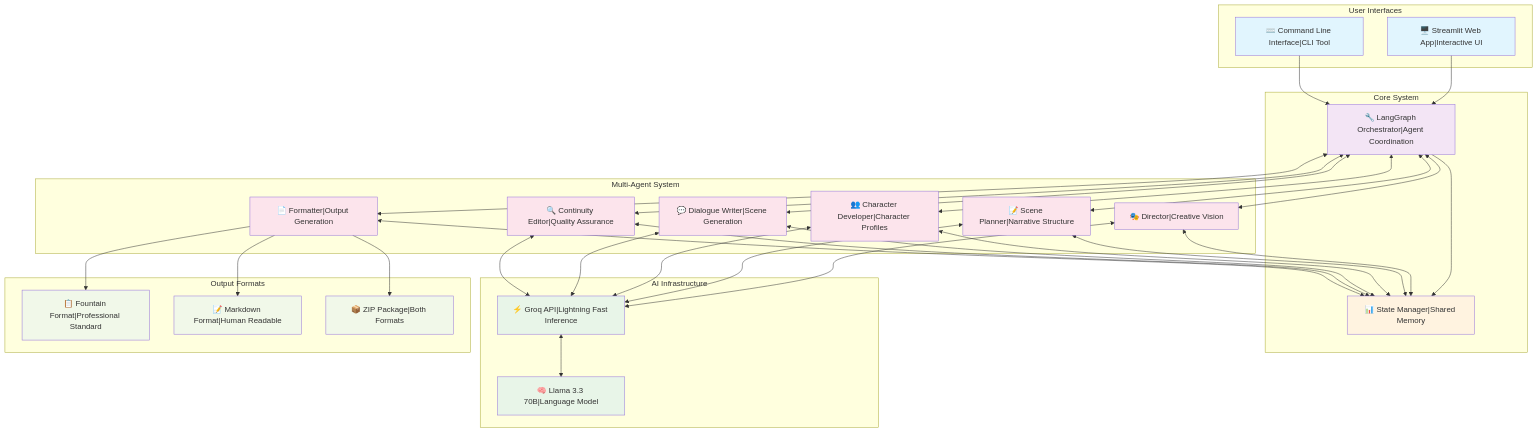
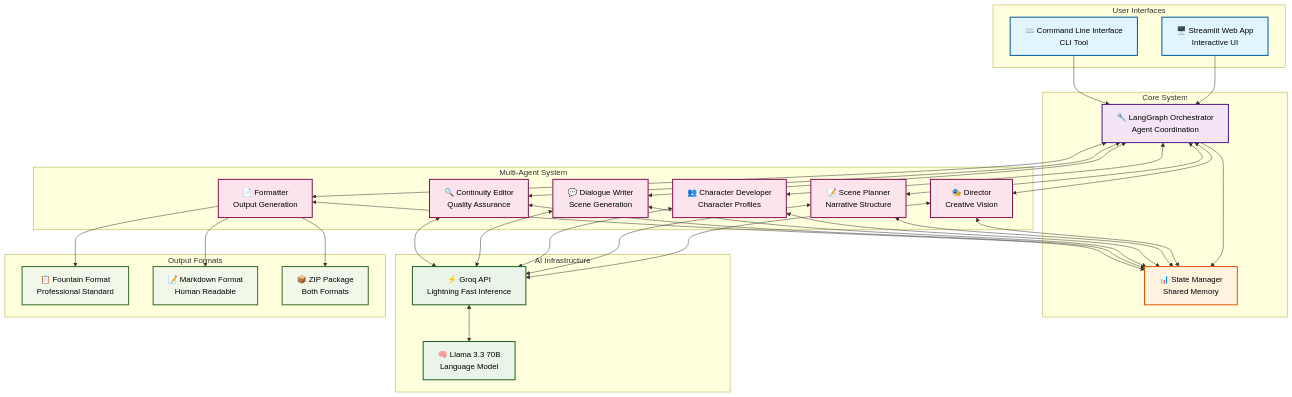
Before and after one commit to drMy5tery/Movie-Scene-Creator: the first of 3 diagrams in README.md, drawn with Mermaid. The commit also changed other lines of this file, not shown here.

````diff
--- a/README.md
+++ b/README.md
@@ -70,76 +70,76 @@
 ```mermaid
 graph TB
     subgraph "User Interfaces"
-        UI1["🖥️ Streamlit Web App|Interactive UI"]
-        UI2["⌨️ Command Line Interface|CLI Tool"]
+        UI1["🖥️ Streamlit Web App<br/>Interactive UI"]
+        UI2["⌨️ Command Line Interface<br/>CLI Tool"]
     end
     
     subgraph "Core System"
-        LG["🔧 LangGraph Orchestrator|Agent Coordination"]
-        SM["📊 State Manager|Shared Memory"]
+        LG["🔧 LangGraph Orchestrator<br/>Agent Coordination"]
+        SM["📊 State Manager<br/>Shared Memory"]
     end
     
     subgraph "AI Infrastructure"
-        GROQ["⚡ Groq API|Lightning Fast Inference"]
-        LLM["🧠 Llama 3.3 70B|Language Model"]
+        GROQ["⚡ Groq API<br/>Lightning Fast Inference"]
+        LLM["🧠 Llama 3.3 70B<br/>Language Model"]
     end
     
     subgraph "Multi-Agent System"
-        A1["🎭 Director|Creative Vision"]
-        A2["📝 Scene Planner|Narrative Structure"]
-        A3["👥 Character Developer|Character Profiles"]
-        A4["💬 Dialogue Writer|Scene Generation"]
-        A5["🔍 Continuity Editor|Quality Assurance"]
-        A6["📄 Formatter|Output Generation"]
+        A1["🎭 Director<br/>Creative Vision"]
+        A2["📝 Scene Planner<br/>Narrative Structure"]
+        A3["👥 Character Developer<br/>Character Profiles"]
+        A4["💬 Dialogue Writer<br/>Scene Generation"]
+        A5["🔍 Continuity Editor<br/>Quality Assurance"]
+        A6["📄 Formatter<br/>Output Generation"]
     end
     
     subgraph "Output Formats"
-        F1["📋 Fountain Format|Professional Standard"]
-        F2["📝 Markdown Format|Human Readable"]
-        F3["📦 ZIP Package|Both Formats"]
+        F1["📋 Fountain Format<br/>Professional Standard"]
+        F2["📝 Markdown Format<br/>Human Readable"]
+        F3["📦 ZIP Package<br/>Both Formats"]
     end
     
     UI1 --> LG
     UI2 --> LG
     LG --> SM
     LG <--> A1
     LG <--> A2
     LG <--> A3
     LG <--> A4
     LG <--> A5
     LG <--> A6
     
     A1 <--> GROQ
     A2 <--> GROQ
     A3 <--> GROQ
     A4 <--> GROQ
     A5 <--> GROQ
     GROQ <--> LLM
     
     A1 <--> SM
     A2 <--> SM
     A3 <--> SM
     A4 <--> SM
     A5 <--> SM
     A6 <--> SM
     
     A6 --> F1
     A6 --> F2
     A6 --> F3
     
-    style UI1 fill:#e1f5fe
-    style UI2 fill:#e1f5fe
-    style LG fill:#f3e5f5
-    style SM fill:#fff3e0
-    style GROQ fill:#e8f5e8
-    style LLM fill:#e8f5e8
-    style A1 fill:#fce4ec
-    style A2 fill:#fce4ec
-    style A3 fill:#fce4ec
-    style A4 fill:#fce4ec
-    style A5 fill:#fce4ec
-    style A6 fill:#fce4ec
-    style F1 fill:#f1f8e9
-    style F2 fill:#f1f8e9
-    style F3 fill:#f1f8e9
+    style UI1 fill:#e1f5fe,stroke:#01579b,stroke-width:2px,color:#000
+    style UI2 fill:#e1f5fe,stroke:#01579b,stroke-width:2px,color:#000
+    style LG fill:#f3e5f5,stroke:#4a148c,stroke-width:2px,color:#000
+    style SM fill:#fff3e0,stroke:#e65100,stroke-width:2px,color:#000
+    style GROQ fill:#e8f5e8,stroke:#1b5e20,stroke-width:2px,color:#000
+    style LLM fill:#e8f5e8,stroke:#1b5e20,stroke-width:2px,color:#000
+    style A1 fill:#fce4ec,stroke:#880e4f,stroke-width:2px,color:#000
+    style A2 fill:#fce4ec,stroke:#880e4f,stroke-width:2px,color:#000
+    style A3 fill:#fce4ec,stroke:#880e4f,stroke-width:2px,color:#000
+    style A4 fill:#fce4ec,stroke:#880e4f,stroke-width:2px,color:#000
+    style A5 fill:#fce4ec,stroke:#880e4f,stroke-width:2px,color:#000
+    style A6 fill:#fce4ec,stroke:#880e4f,stroke-width:2px,color:#000
+    style F1 fill:#f1f8e9,stroke:#33691e,stroke-width:2px,color:#000
+    style F2 fill:#f1f8e9,stroke:#33691e,stroke-width:2px,color:#000
+    style F3 fill:#f1f8e9,stroke:#33691e,stroke-width:2px,color:#000
 ```
````
